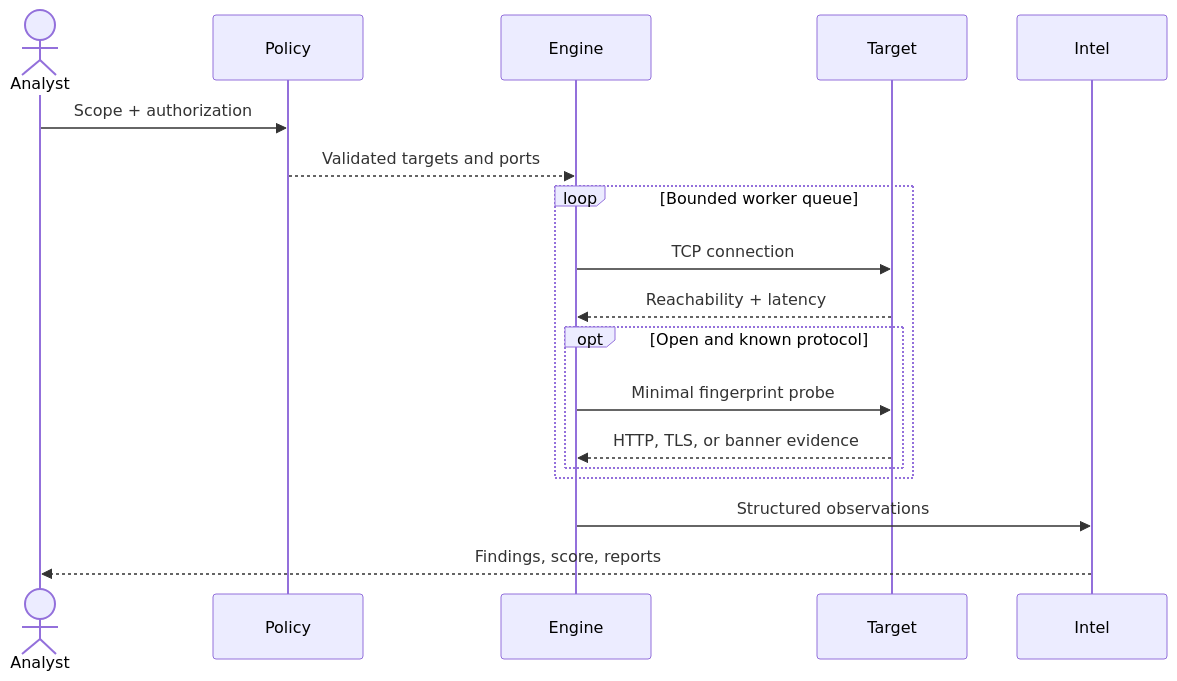
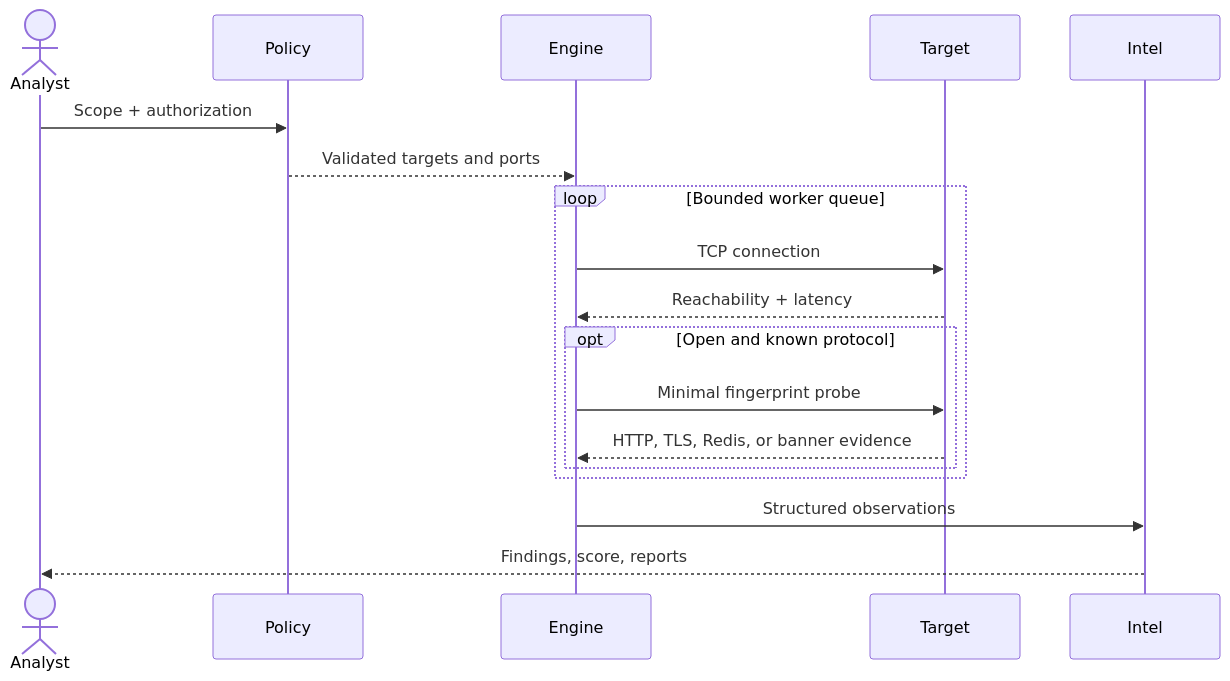
One commit to darshnoor30/AegisScan changed the diagram in docs/ARCHITECTURE.md. Above: the diagram before and after it, drawn with Mermaid. The commit also changed other lines of this file and 40 other files, not shown here.

````diff
--- a/docs/ARCHITECTURE.md
+++ b/docs/ARCHITECTURE.md
@@ -25,20 +26,20 @@
 ```mermaid
 sequenceDiagram
     actor Analyst
     participant Policy
     participant Engine
     participant Target
     participant Intel
     Analyst->>Policy: Scope + authorization
     Policy-->>Engine: Validated targets and ports
     loop Bounded worker queue
         Engine->>Target: TCP connection
         Target-->>Engine: Reachability + latency
         opt Open and known protocol
             Engine->>Target: Minimal fingerprint probe
-            Target-->>Engine: HTTP, TLS, or banner evidence
+            Target-->>Engine: HTTP, TLS, Redis, or banner evidence
         end
     end
     Engine->>Intel: Structured observations
     Intel-->>Analyst: Findings, score, reports
 ```
````
